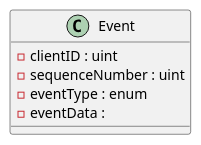
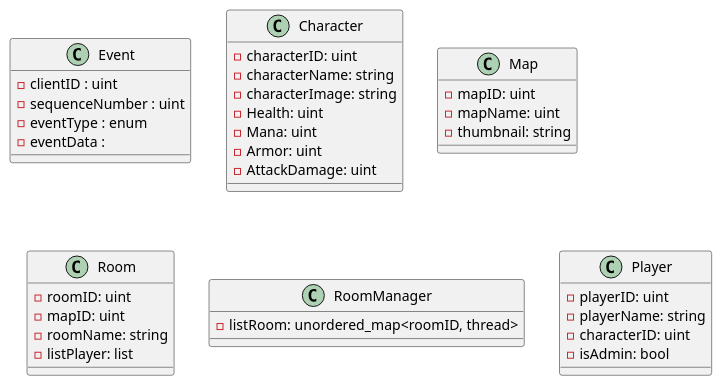
The diagram in docs/ClassDiagram/LobbyClass.plantuml (BaThong0/SpiritWarrior), drawn with PlantUML before and after one commit. The commit also changed 26 other files, not shown here.

Commit message:
Reorganizing project folder structure by creating src and include folder for each Core component  and create class diagram: Character, Map, Player, Room, RoomManager for Lobby state

```diff
--- a/docs/ClassDiagram/LobbyClass.plantuml
+++ b/docs/ClassDiagram/LobbyClass.plantuml
@@ -1,10 +1,48 @@
 @startuml
 
 class Event {
     - clientID : uint
     - sequenceNumber : uint
     - eventType : enum 
     - eventData : 
 }
 
+class Character
+{
+    - characterID: uint
+    - characterName: string
+    - characterImage: string 
+    - Health: uint 
+    - Mana: uint
+    - Armor: uint 
+    - AttackDamage: uint
+}
+
+class Map
+{
+    - mapID: uint
+    - mapName: uint
+    - thumbnail: string 
+}
+class Room
+{
+    - roomID: uint
+    - mapID: uint
+    - roomName: string
+    - listPlayer: list
+}
+
+class RoomManager
+{
+    - listRoom: unordered_map<roomID, thread>
+}
+
+class Player
+{
+    - playerID: uint
+    - playerName: string
+    - characterID: uint
+    - isAdmin: bool
+}
+
 @enduml
```
